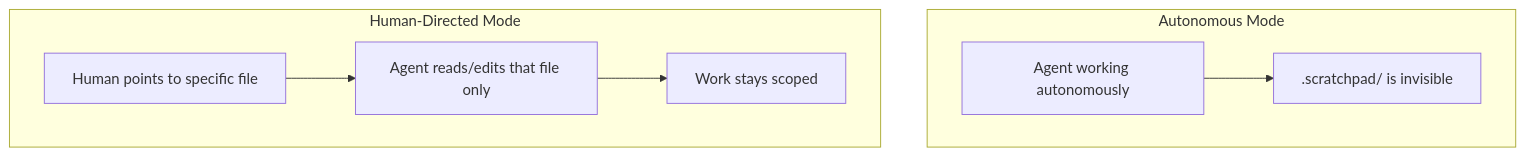
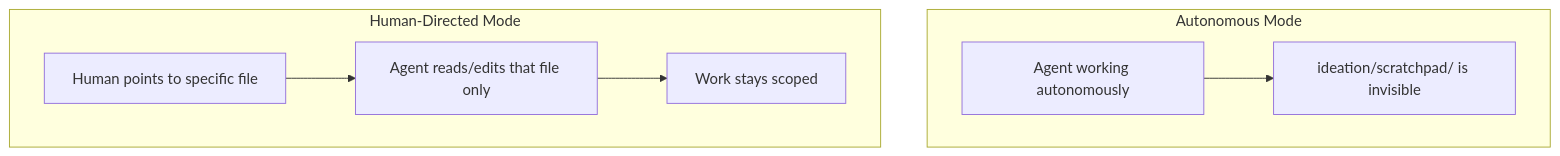
The first of 3 diagrams in docs/architecture/workspaces/scratchpad.md (jamesryancooper/octon), drawn with Mermaid before and after one commit. The commit also changed other lines of this file and 31 other files, not shown here.

````diff
--- a/docs/architecture/workspaces/scratchpad.md
+++ b/docs/architecture/workspaces/scratchpad.md
@@ -79,16 +79,16 @@
 ```mermaid
 flowchart TD
     subgraph autonomous [Autonomous Mode]
         A[Agent working autonomously]
-        B[".scratchpad/ is invisible"]
+        B["ideation/scratchpad/ is invisible"]
     end
 
     subgraph directed [Human-Directed Mode]
         C[Human points to specific file]
         D[Agent reads/edits that file only]
         E[Work stays scoped]
     end
 
     A --> B
     C --> D --> E
 ```
````
